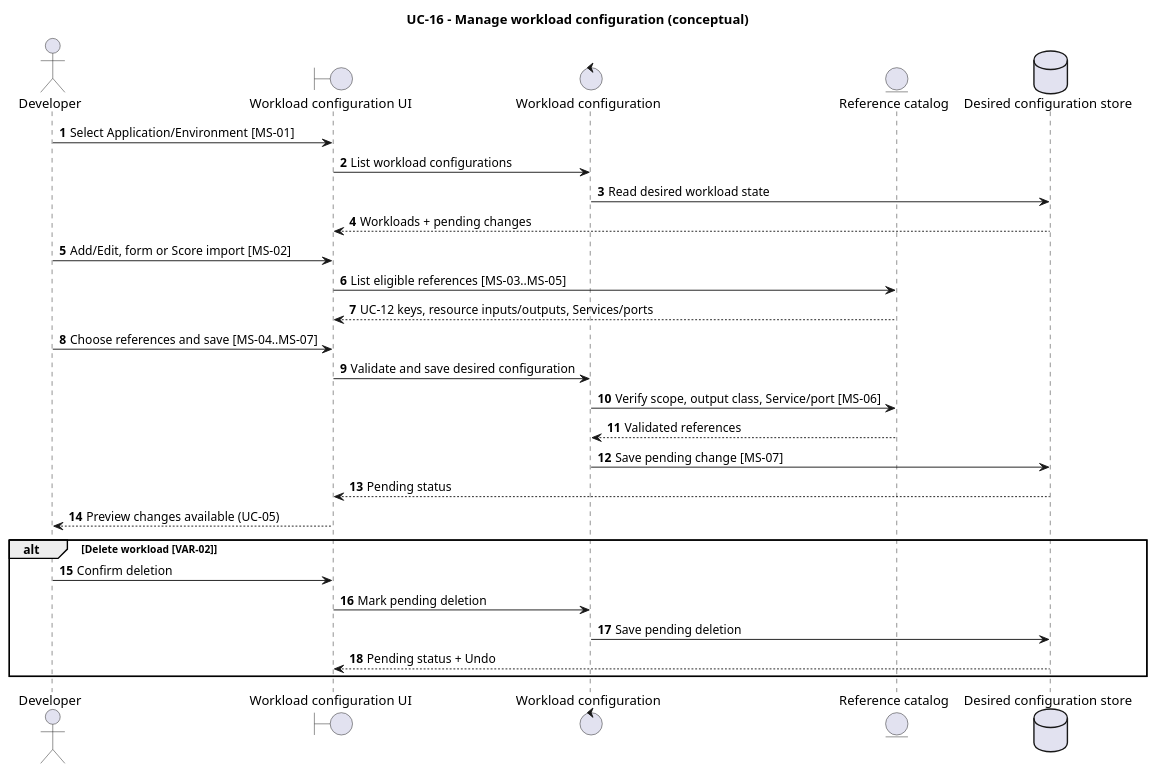
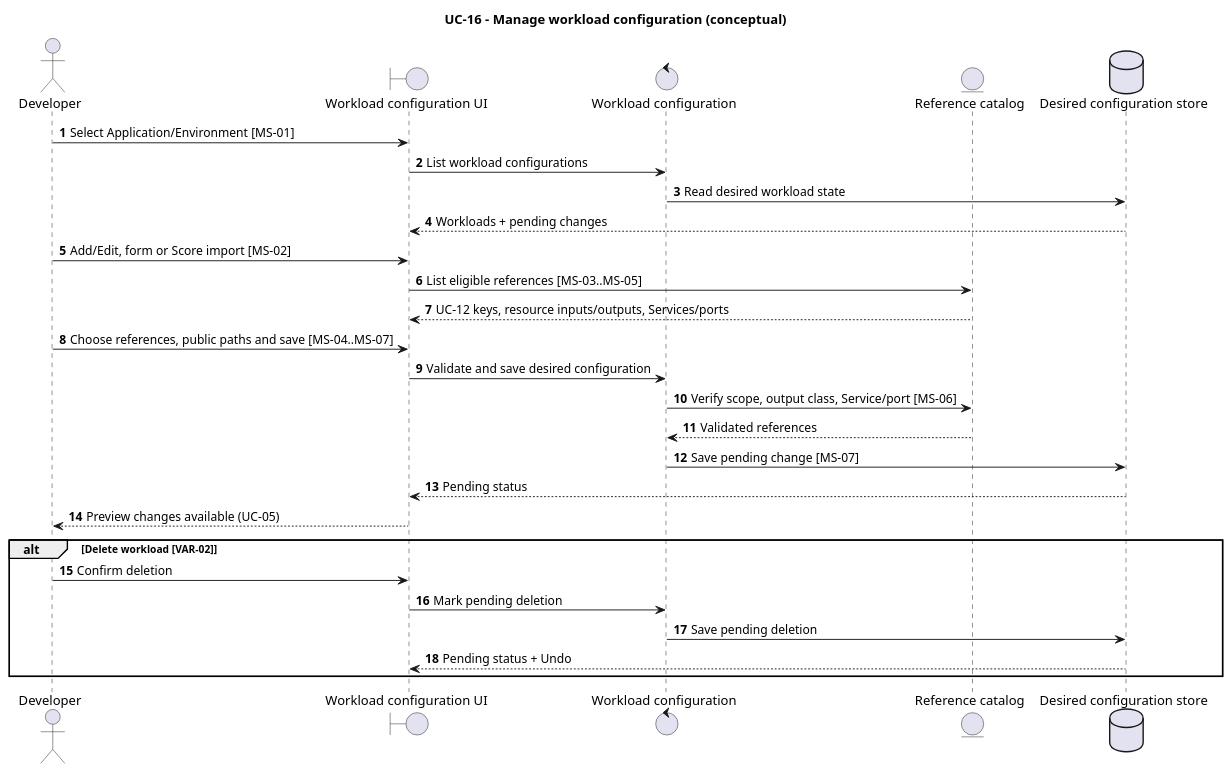
One commit to pr3s3nt/poc changed the diagram in orchestrator_docs/usecase/UC-16/sequence.puml. Above: the diagram before and after it, drawn with PlantUML. The commit also changed 47 other files, not shown here.

```diff
--- a/orchestrator_docs/usecase/UC-16/sequence.puml
+++ b/orchestrator_docs/usecase/UC-16/sequence.puml
@@ -1,31 +1,31 @@
 @startuml
 title UC-16 - Manage workload configuration (conceptual)
 autonumber
 actor Developer as Dev
 boundary "Workload configuration UI" as UI
 control "Workload configuration" as Config
 entity "Reference catalog" as Catalog
 database "Desired configuration store" as Store
 
 Dev -> UI: Select Application/Environment [MS-01]
 UI -> Config: List workload configurations
 Config -> Store: Read desired workload state
 Store --> UI: Workloads + pending changes
 Dev -> UI: Add/Edit, form or Score import [MS-02]
 UI -> Catalog: List eligible references [MS-03..MS-05]
 Catalog --> UI: UC-12 keys, resource inputs/outputs, Services/ports
-Dev -> UI: Choose references and save [MS-04..MS-07]
+Dev -> UI: Choose references, public paths and save [MS-04..MS-07]
 UI -> Config: Validate and save desired configuration
 Config -> Catalog: Verify scope, output class, Service/port [MS-06]
 Catalog --> Config: Validated references
 Config -> Store: Save pending change [MS-07]
 Store --> UI: Pending status
 UI --> Dev: Preview changes available (UC-05)
 
 alt Delete workload [VAR-02]
   Dev -> UI: Confirm deletion
   UI -> Config: Mark pending deletion
   Config -> Store: Save pending deletion
   Store --> UI: Pending status + Undo
 end
 @enduml
```
